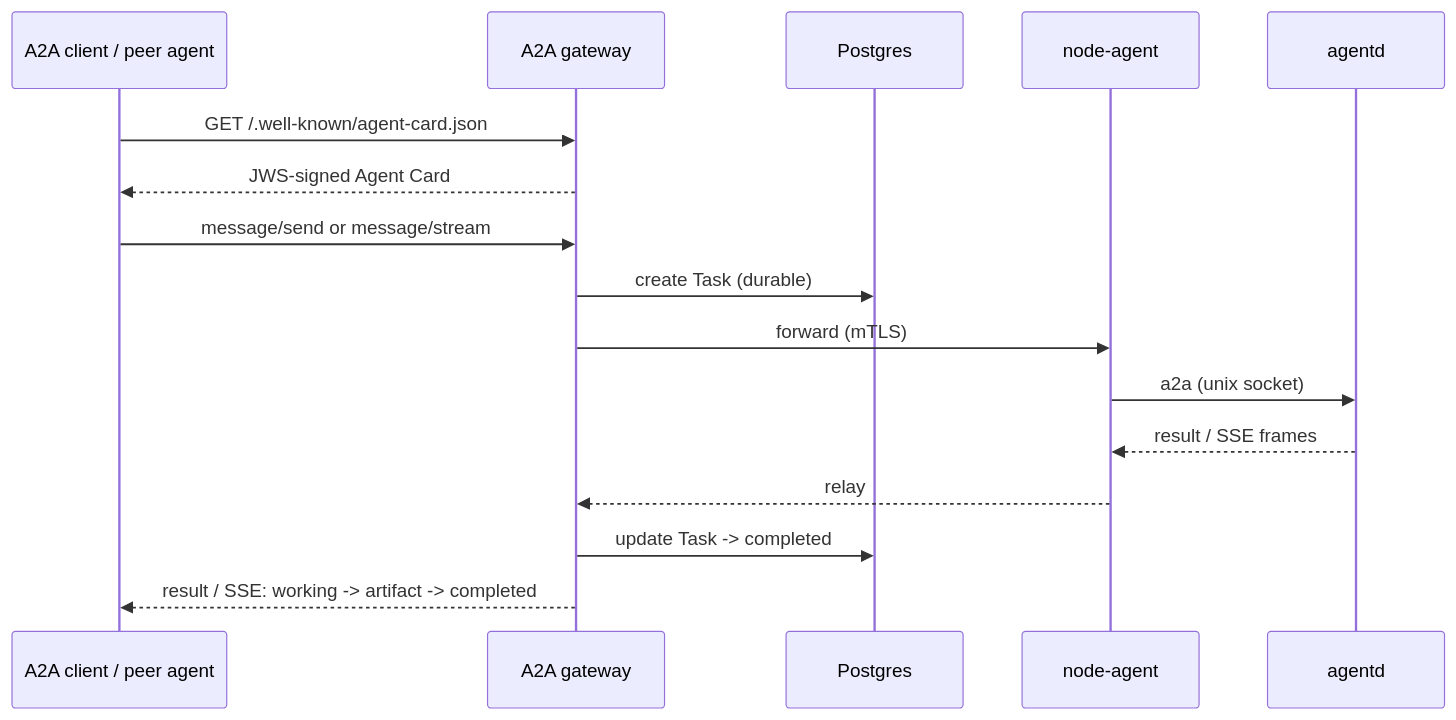
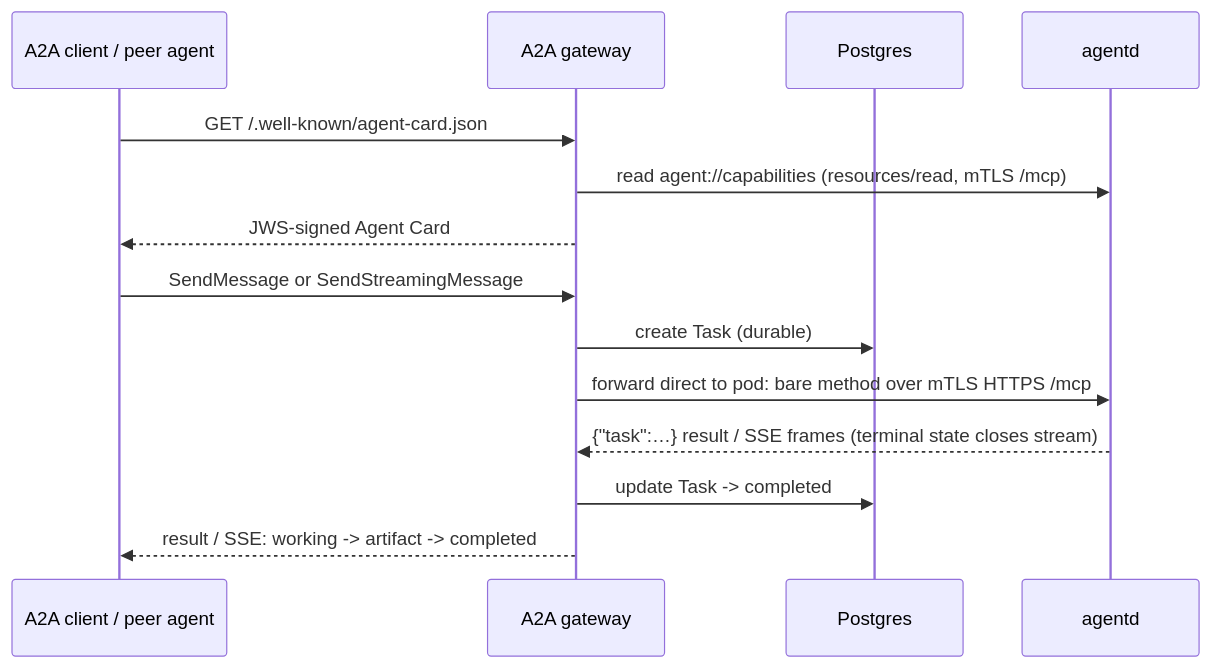
One commit to AgentCTL-dev/source-code changed the eighth of 13 diagrams in docs/architecture.md. Above: the diagram before and after it, drawn with Mermaid. The commit also changed other lines of this file and 15 other files, not shown here.

````diff
--- a/docs/architecture.md
+++ b/docs/architecture.md
@@ -205,18 +228,16 @@
 ```mermaid
 sequenceDiagram
   participant C as A2A client / peer agent
   participant GW as A2A gateway
   participant PG as Postgres
-  participant NA as node-agent
   participant AG as agentd
   C->>GW: GET /.well-known/agent-card.json
+  GW->>AG: read agent://capabilities (resources/read, mTLS /mcp)
   GW-->>C: JWS-signed Agent Card
-  C->>GW: message/send or message/stream
+  C->>GW: SendMessage or SendStreamingMessage
   GW->>PG: create Task (durable)
-  GW->>NA: forward (mTLS)
-  NA->>AG: a2a (unix socket)
-  AG-->>NA: result / SSE frames
-  NA-->>GW: relay
+  GW->>AG: forward direct to pod: bare method over mTLS HTTPS /mcp
+  AG-->>GW: {"task":…} result / SSE frames (terminal state closes stream)
   GW->>PG: update Task -> completed
   GW-->>C: result / SSE: working -> artifact -> completed
 ```
````
